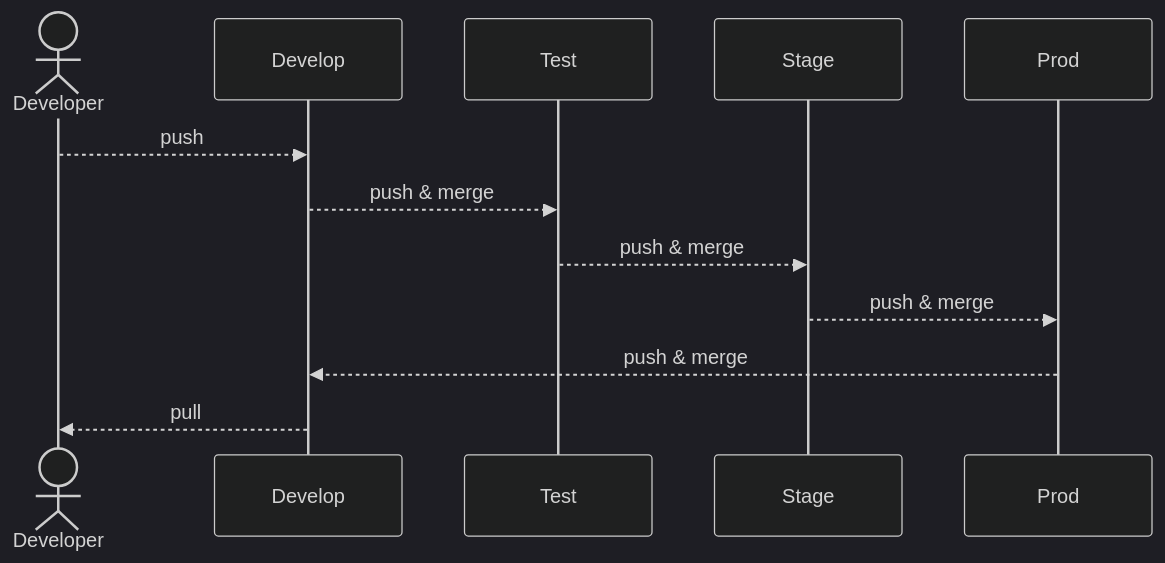
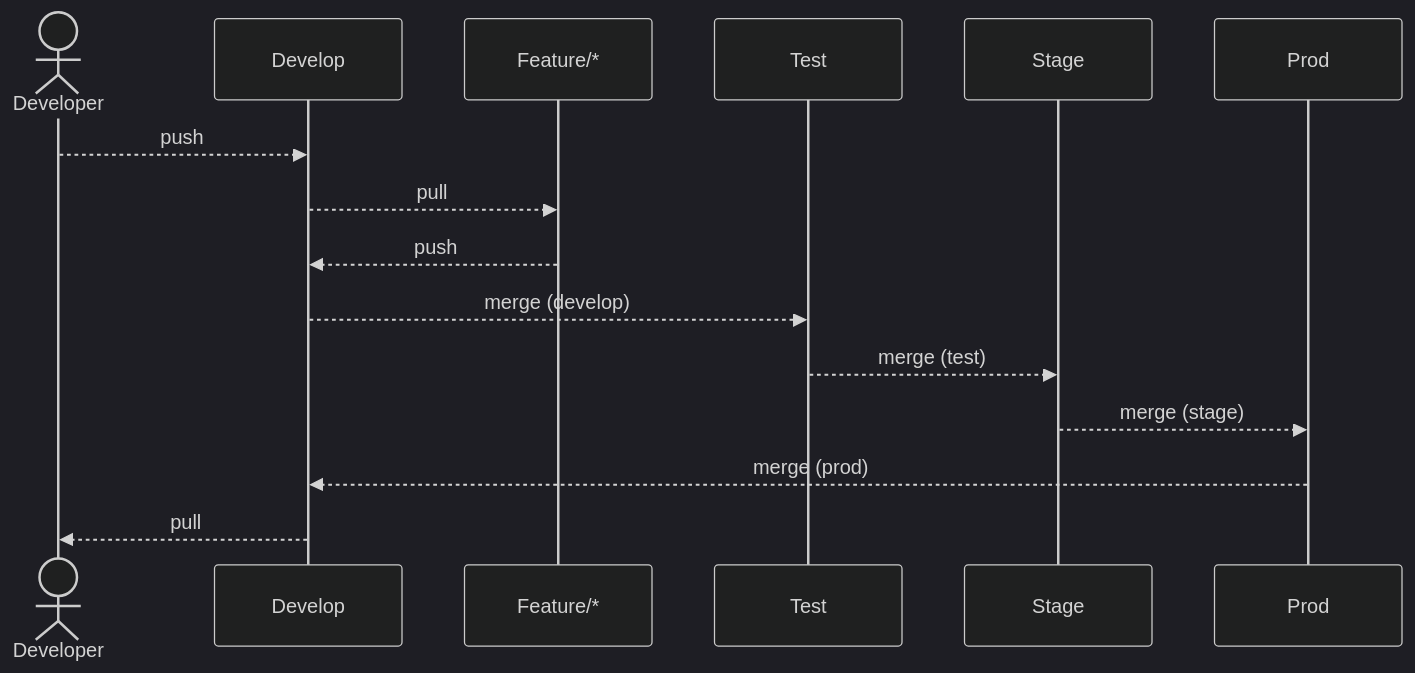
The second of 3 diagrams in Readme.md (OfficialApurvChatur/POC02-ExpressSetup), drawn with Mermaid (dark theme) before and after one commit. The commit also changed other lines of this file and 8 other files, not shown here.

````diff
--- a/Readme.md
+++ b/Readme.md
@@ -21,15 +21,18 @@
 ```mermaid
   sequenceDiagram
     actor Developer
     participant Develop
+    participant Feature/*
     participant Test
     participant Stage
     participant Prod
     
     Developer -->> Develop : push
-    Develop -->> Test : push & merge
-    Test -->> Stage : push & merge
-    Stage -->> Prod : push & merge
-    Prod -->> Develop : push & merge    
+    Develop -->> Feature/* : pull
+    Feature/* -->> Develop : push
+    Develop -->> Test : merge (develop)
+    Test -->> Stage : merge (test)
+    Stage -->> Prod : merge (stage)
+    Prod -->> Develop : merge (prod) 
     Develop -->> Developer : pull    
 ```
````
